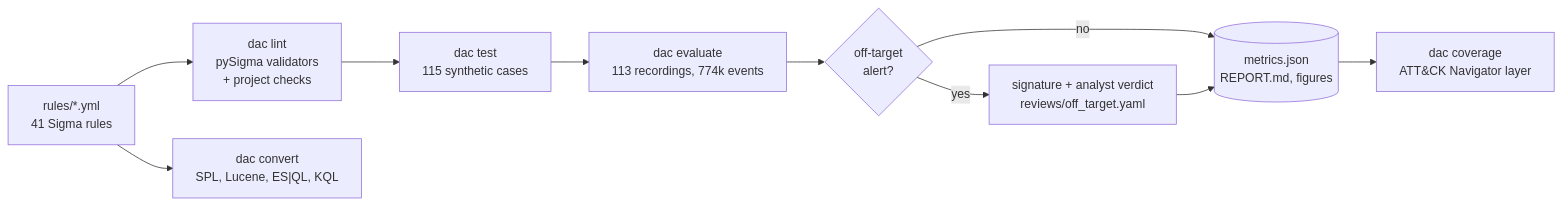
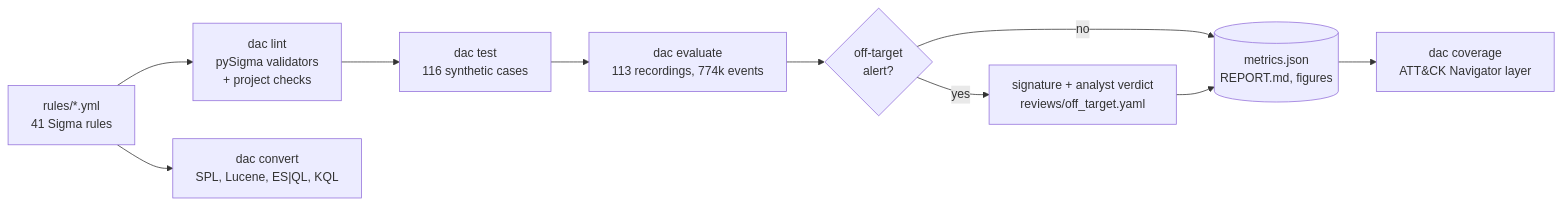
One commit to hugo-kte/detection-as-code changed the diagram in README.md. Above: the diagram before and after it, drawn with Mermaid. The commit also changed other lines of this file, not shown here.

Commit message:
README: 116 rule cases since the Disable-Service regression case

````diff
--- a/README.md
+++ b/README.md
@@ -85,12 +85,12 @@
 ```mermaid
 flowchart LR
     R["rules/*.yml<br/>41 Sigma rules"] --> L["dac lint<br/>pySigma validators<br/>+ project checks"]
-    L --> T["dac test<br/>115 synthetic cases"]
+    L --> T["dac test<br/>116 synthetic cases"]
     T --> E["dac evaluate<br/>113 recordings, 774k events"]
     E --> V{"off-target<br/>alert?"}
     V -- yes --> S["signature + analyst verdict<br/>reviews/off_target.yaml"]
     V -- no --> M[("metrics.json<br/>REPORT.md, figures")]
     S --> M
     R --> C["dac convert<br/>SPL, Lucene, ES|QL, KQL"]
     M --> N["dac coverage<br/>ATT&CK Navigator layer"]
 ```
````
